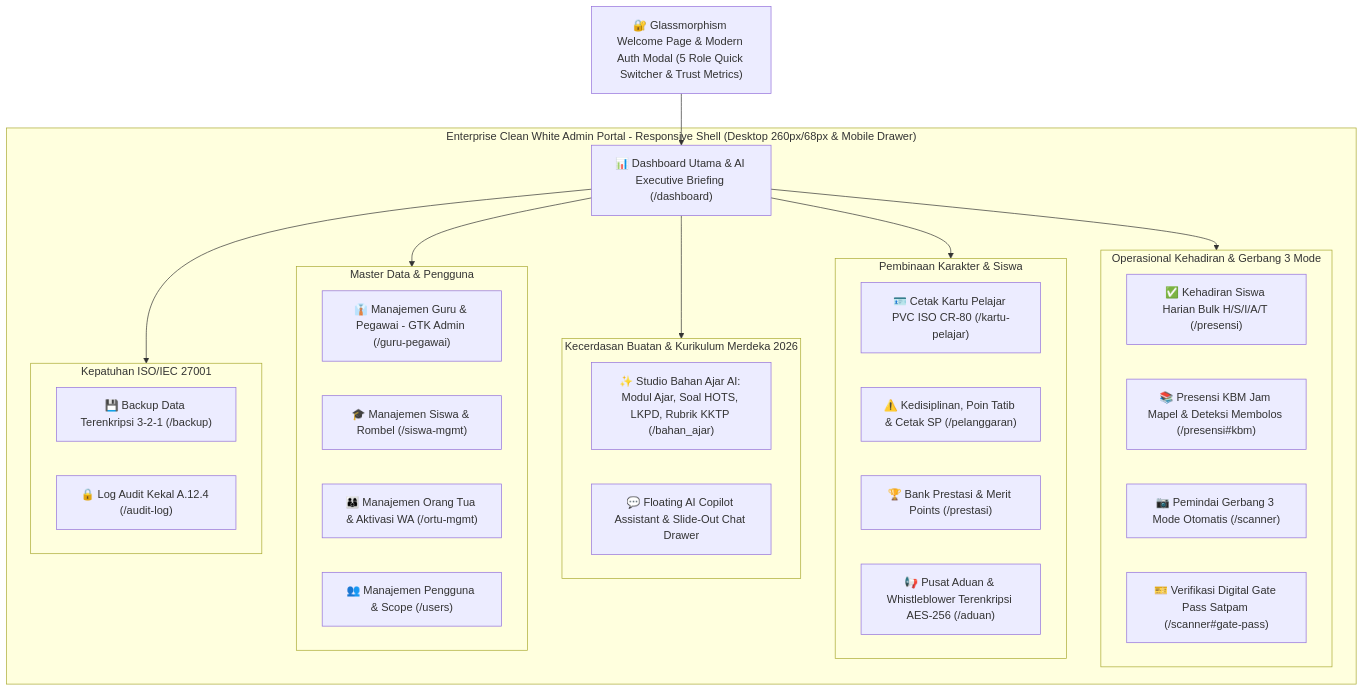
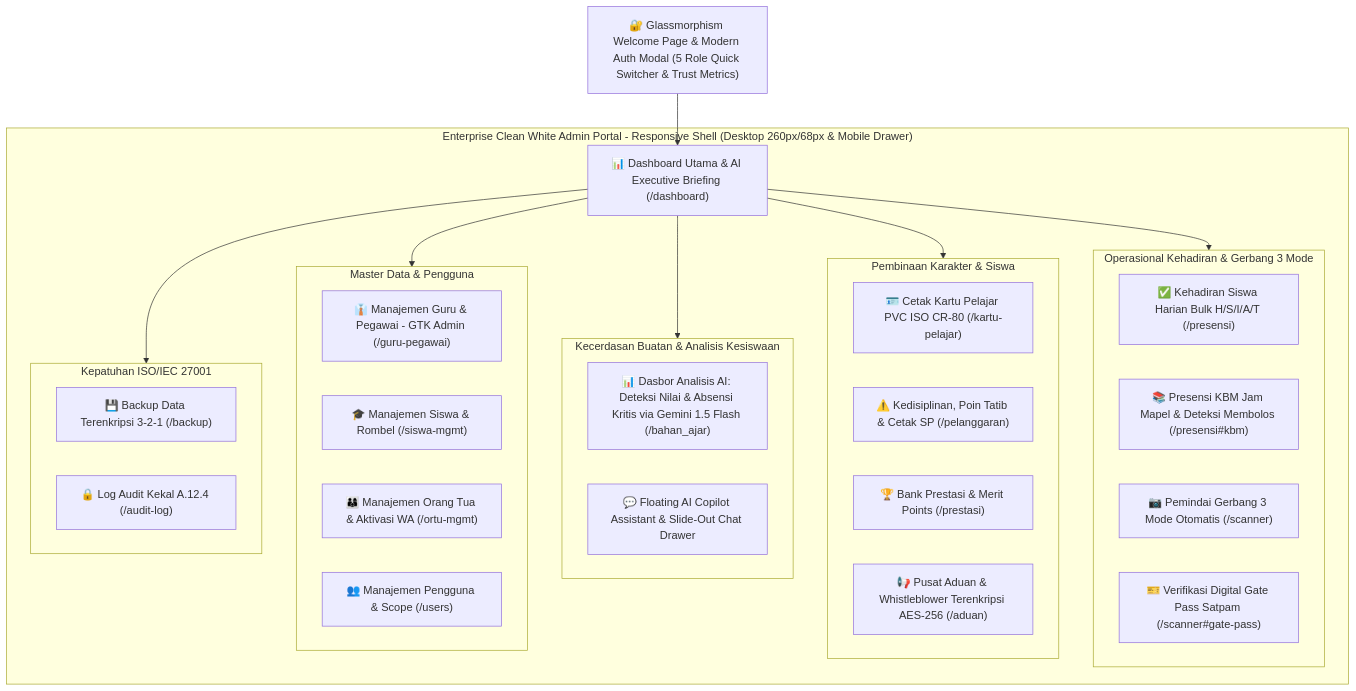
One commit to benny-abdullah/school_app changed the diagram in plan/docs/05_DESIGN_UI.md. Above: the diagram before and after it, drawn with Mermaid. The commit also changed other lines of this file and 8 other files, not shown here.

First line of the commit message:
refactor: replace Studio Bahan Ajar AI with Dasbor Analisis AI (Gemini 1.5 Flash)

````diff
--- a/plan/docs/05_DESIGN_UI.md
+++ b/plan/docs/05_DESIGN_UI.md
@@ -16,42 +16,42 @@
 ```mermaid
 graph TD
     LOGIN["🔐 Glassmorphism Welcome Page & Modern Auth Modal (5 Role Quick Switcher & Trust Metrics)"]
 
     subgraph Internal_Portal ["Enterprise Clean White Admin Portal - Responsive Shell (Desktop 260px/68px & Mobile Drawer)"]
         DASH["📊 Dashboard Utama & AI Executive Briefing (/dashboard)"]
         
         subgraph Modul_Presensi ["Operasional Kehadiran & Gerbang 3 Mode"]
             ATT_DAY["✅ Kehadiran Siswa Harian Bulk H/S/I/A/T (/presensi)"]
             ATT_KBM["📚 Presensi KBM Jam Mapel & Deteksi Membolos (/presensi#kbm)"]
             SCAN_3M["📷 Pemindai Gerbang 3 Mode Otomatis (/scanner)"]
             GATE_PASS["🎫 Verifikasi Digital Gate Pass Satpam (/scanner#gate-pass)"]
         end
 
         subgraph Modul_Kesiswaan ["Pembinaan Karakter & Siswa"]
             CARD_GEN["🪪 Cetak Kartu Pelajar PVC ISO CR-80 (/kartu-pelajar)"]
             TATIB["⚠️ Kedisiplinan, Poin Tatib & Cetak SP (/pelanggaran)"]
             PRESTASI["🏆 Bank Prestasi & Merit Points (/prestasi)"]
             WHISTLE["📢 Pusat Aduan & Whistleblower Terenkripsi AES-256 (/aduan)"]
         end
 
-        subgraph Modul_AI ["Kecerdasan Buatan & Kurikulum Merdeka 2026"]
-            AI_STUDIO["✨ Studio Bahan Ajar AI: Modul Ajar, Soal HOTS, LKPD, Rubrik KKTP (/bahan_ajar)"]
+        subgraph Modul_AI ["Kecerdasan Buatan & Analisis Kesiswaan"]
+            AI_STUDIO["📊 Dasbor Analisis AI: Deteksi Nilai & Absensi Kritis via Gemini 1.5 Flash (/bahan_ajar)"]
             AI_COPILOT["💬 Floating AI Copilot Assistant & Slide-Out Chat Drawer"]
         end
 
         subgraph Modul_Master ["Master Data & Pengguna"]
             GTK["👔 Manajemen Guru & Pegawai - GTK Admin (/guru-pegawai)"]
             SISWA["🎓 Manajemen Siswa & Rombel (/siswa-mgmt)"]
             ORTU["👨‍👩‍👦 Manajemen Orang Tua & Aktivasi WA (/ortu-mgmt)"]
             USERS["👥 Manajemen Pengguna & Scope (/users)"]
         end
 
         subgraph Modul_Keamanan ["Kepatuhan ISO/IEC 27001"]
             BACKUP["💾 Backup Data Terenkripsi 3-2-1 (/backup)"]
             AUDIT["🔒 Log Audit Kekal A.12.4 (/audit-log)"]
         end
     end
 
     LOGIN --> DASH
     DASH --> Modul_Presensi & Modul_Kesiswaan & Modul_AI & Modul_Master & Modul_Keamanan
 ```
````
